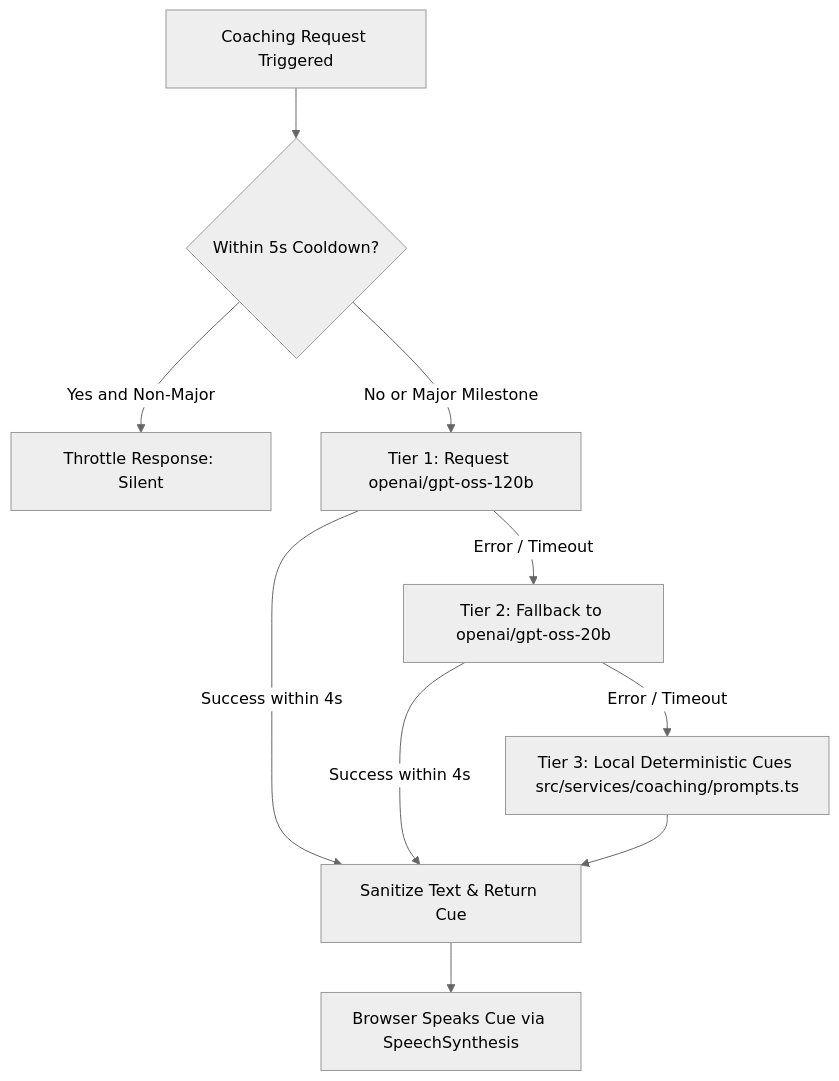
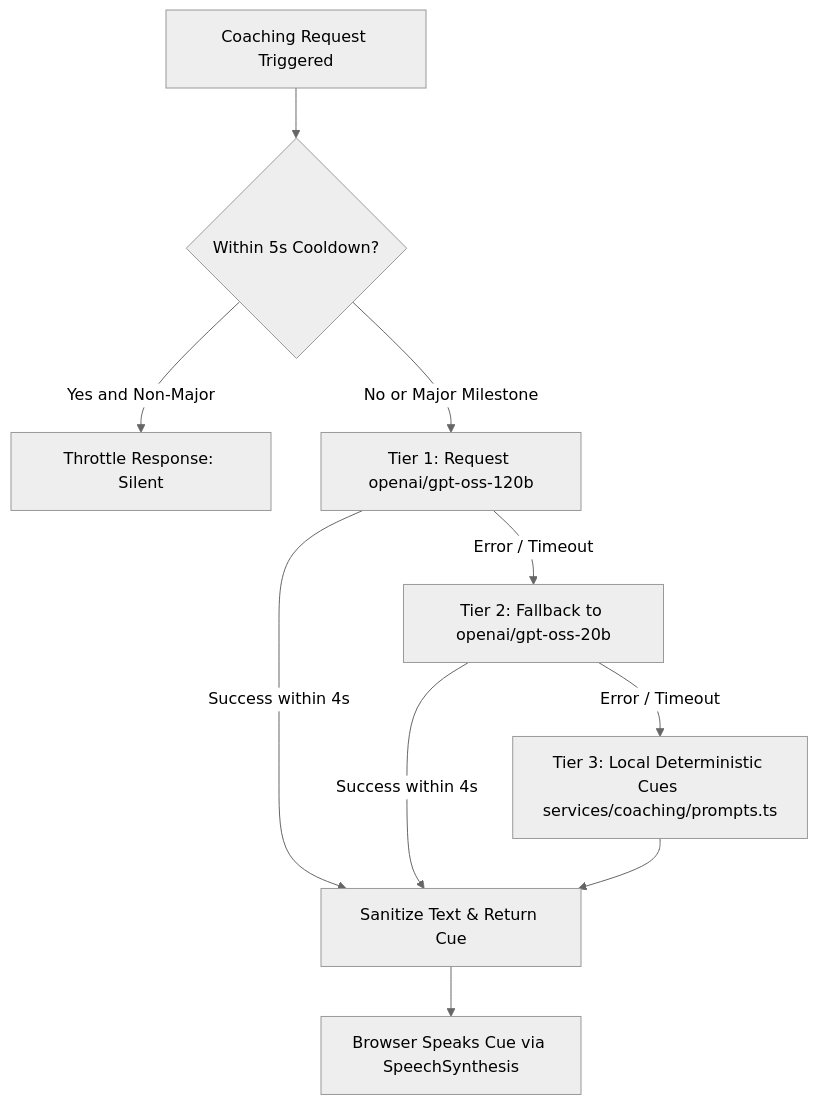
One commit to alokprasad573/GymGenie changed the fourth of 4 diagrams in docs/ARCHITECTURE.md. Above: the diagram before and after it, drawn with Mermaid (neutral theme). The commit also changed other lines of this file and 118 other files, not shown here.

````diff
--- a/docs/ARCHITECTURE.md
+++ b/docs/ARCHITECTURE.md
@@ -199,12 +198,12 @@
 ```mermaid
 flowchart TD
     A[Coaching Request Triggered] --> B{Within 5s Cooldown?}
     B -- Yes and Non-Major --> C[Throttle Response: Silent]
     B -- No or Major Milestone --> D[Tier 1: Request openai/gpt-oss-120b]
     D -- Success within 4s --> E[Sanitize Text & Return Cue]
     D -- Error / Timeout --> F[Tier 2: Fallback to openai/gpt-oss-20b]
     F -- Success within 4s --> E
-    F -- Error / Timeout --> G[Tier 3: Local Deterministic Cues src/services/coaching/prompts.ts]
+    F -- Error / Timeout --> G[Tier 3: Local Deterministic Cues services/coaching/prompts.ts]
     G --> E
     E --> H[Browser Speaks Cue via SpeechSynthesis]
 ```
````
